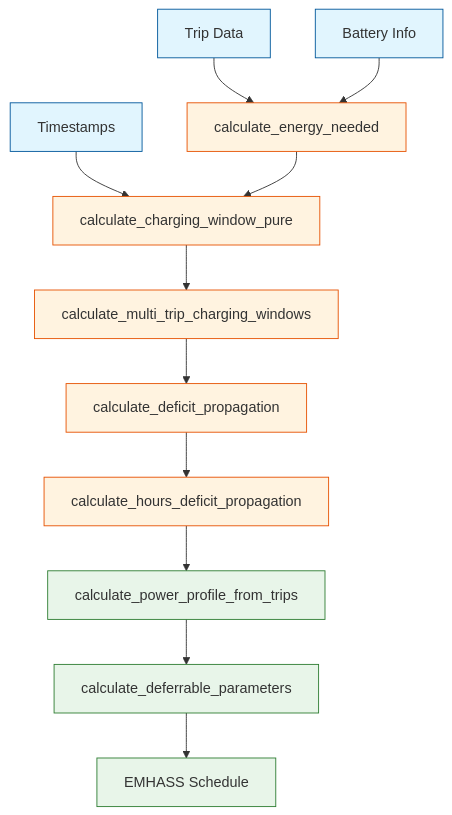
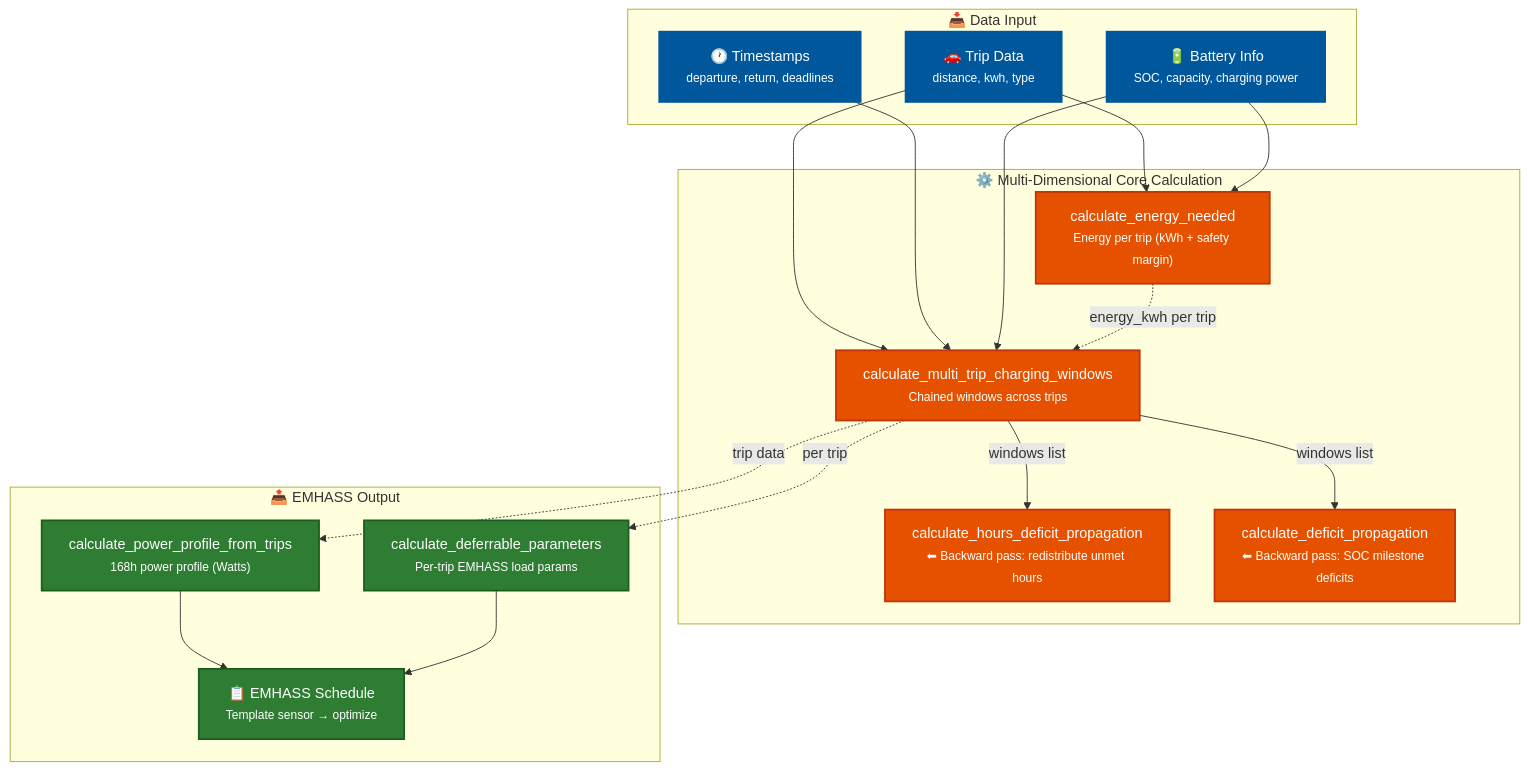
One commit to informatico-madrid/ha-ev-trip-planner changed the diagram in README.md. Above: the diagram before and after it, drawn with Mermaid.

Commit message:
feat: mejorar el diagrama de flujo del algoritmo de carga multi-dimensional con descripciones detalladas

````diff
--- a/README.md
+++ b/README.md
@@ -41,33 +41,48 @@
 ```mermaid
 flowchart TD
-   A[Trip Data]
-   A1[Timestamps]
-   A2[Battery Info]
-   B[calculate_energy_needed]
-   C[calculate_charging_window_pure]
-   D[calculate_multi_trip_charging_windows]
-   E[calculate_deficit_propagation]
-   F[calculate_hours_deficit_propagation]
-   G[calculate_power_profile_from_trips]
-   H[calculate_deferrable_parameters]
-   I[EMHASS Schedule]
+    subgraph INPUT["📥 Data Input"]
+        A["🚗 Trip Data<br/><small>distance, kwh, type</small>"]
+        A1["🕐 Timestamps<br/><small>departure, return, deadlines</small>"]
+        A2["🔋 Battery Info<br/><small>SOC, capacity, charging power</small>"]
+    end
 
-   A --> B
-   A1 --> C
-   A2 --> B
-   B --> C
-   C --> D
-   D --> E
-   E --> F
-   F --> G
-   G --> H
-   H --> I
+    subgraph CORE["⚙️ Multi-Dimensional Core Calculation"]
+        B["calculate_energy_needed<br/><small>Energy per trip (kWh + safety margin)</small>"]
+        D["calculate_multi_trip_charging_windows<br/><small>Chained windows across trips</small>"]
+        F["calculate_hours_deficit_propagation<br/><small>⬅ Backward pass: redistribute unmet hours</small>"]
+        E["calculate_deficit_propagation<br/><small>⬅ Backward pass: SOC milestone deficits</small>"]
+    end
 
-   classDef input fill:#e1f5fe,stroke:#01579b,stroke-width:1px
-   classDef core fill:#fff3e0,stroke:#e65100,stroke-width:1px
-   classDef output fill:#e8f5e9,stroke:#2e7d32,stroke-width:1px
+    subgraph OUTPUT["📤 EMHASS Output"]
+        G["calculate_power_profile_from_trips<br/><small>168h power profile (Watts)</small>"]
+        H["calculate_deferrable_parameters<br/><small>Per-trip EMHASS load params</small>"]
+        I["📋 EMHASS Schedule<br/><small>Template sensor → optimize</small>"]
+    end
 
-   class A,A1,A2 input
-   class B,C,D,E,F core
-   class G,H,I output
+    %% Input → Core
+    A --> B
+    A --> D
+    A1 --> D
+    A2 --> B
+    A2 --> D
+
+    %% Core internal flow
+    B -.->|"energy_kwh per trip"| D
+    D -->|"windows list"| F
+    D -->|"windows list"| E
+
+    %% Core → Output (independent paths)
+    D -.->|"trip data"| G
+    D -.->|"per trip"| H
+    G --> I
+    H --> I
+
+    %% Styling - Use DARK backgrounds with light text for visibility
+    classDef input fill:#01579b,stroke:#01579b,stroke-width:2px,color:#ffffff
+    classDef core fill:#e65100,stroke:#bf360c,stroke-width:2px,color:#ffffff
+    classDef output fill:#2e7d32,stroke:#1b5e20,stroke-width:2px,color:#ffffff
+
+    class A,A1,A2 input
+    class B,D,E,F core
+    class G,H,I output
 ```
````
